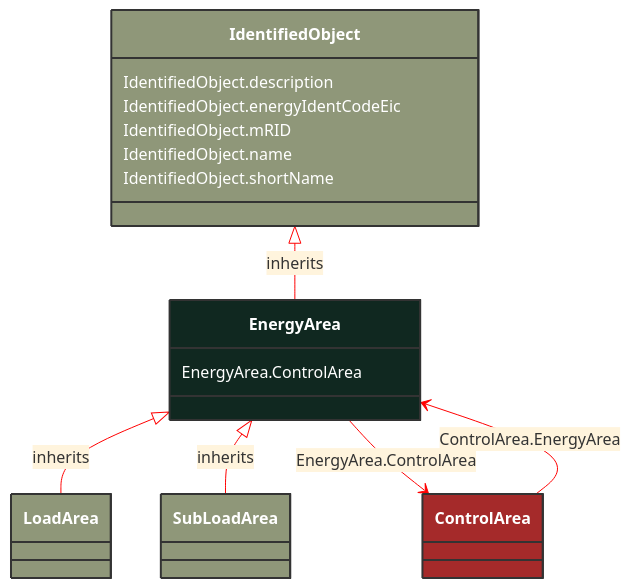
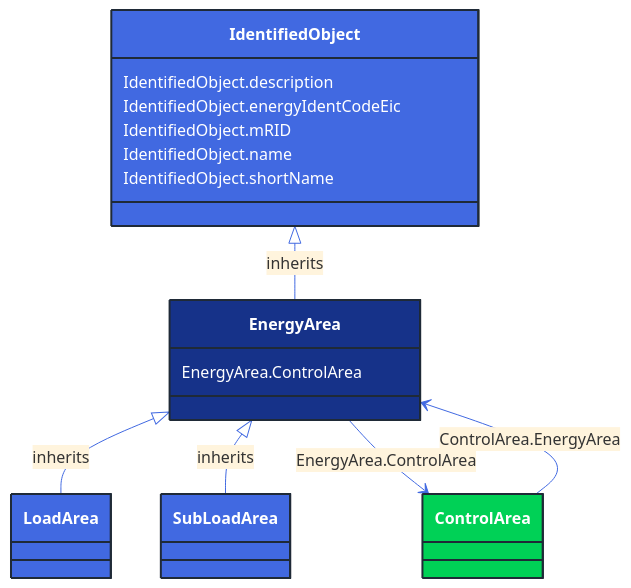
One commit to 3lbits/NoCIMExtensions changed the diagram in docs/Models/Profiles/CoreEquipment/AbstractClasses/EnergyArea.md. Above: the diagram before and after it, drawn with Mermaid. The commit also changed 362 other files, not shown here.

First line of the commit message:
Update diagrams and styles for improved visual consistency

````diff
--- a/docs/Models/Profiles/CoreEquipment/AbstractClasses/EnergyArea.md
+++ b/docs/Models/Profiles/CoreEquipment/AbstractClasses/EnergyArea.md
@@ -10,43 +10,43 @@
 ```mermaid
-%%{init: {'theme':'base','themeVariables': {'lineColor': '#FF0000'}}}%%
+%%{init: {'theme':'base','themeVariables': {'lineColor': '#4169E1'}}}%%
 classDiagram
     class EnergyArea
     click EnergyArea href "/Models/Profiles/CoreEquipment/AbstractClasses/EnergyArea/"
-    style EnergyArea fill:#102820,stroke:#333,stroke-width:2px,rx:10,ry:10,color:white
+    style EnergyArea fill:#163289,stroke:#1F2A37,stroke-width:2px,rx:10,ry:10,color:white
 
         EnergyArea <|-- LoadArea : inherits
 
         LoadArea
             click LoadArea href "/Models/Profiles/CoreEquipment/ConcreteClasses/LoadArea/"
-            style LoadArea fill:#8F9779,stroke:#333,stroke-width:2px,rx:10,ry:10,color:white
+            style LoadArea fill:#4169E1,stroke:#1F2A37,stroke-width:2px,rx:10,ry:10,color:white
 
         EnergyArea <|-- SubLoadArea : inherits
 
         SubLoadArea
             click SubLoadArea href "/Models/Profiles/CoreEquipment/ConcreteClasses/SubLoadArea/"
-            style SubLoadArea fill:#8F9779,stroke:#333,stroke-width:2px,rx:10,ry:10,color:white
+            style SubLoadArea fill:#4169E1,stroke:#1F2A37,stroke-width:2px,rx:10,ry:10,color:white
      
         IdentifiedObject <|-- EnergyArea : inherits
             click IdentifiedObject href "/Models/Profiles/CoreEquipment/AbstractClasses/IdentifiedObject/"
-            style IdentifiedObject fill:#8F9779,stroke:#333,stroke-width:2px,rx:10,ry:10,color:white
+            style IdentifiedObject fill:#4169E1,stroke:#1F2A37,stroke-width:2px,rx:10,ry:10,color:white
 
         EnergyArea --> ControlArea : EnergyArea.ControlArea
 
         ControlArea
             click ControlArea href "/Models/Profiles/CoreEquipment/AbstractClasses/ControlArea/"
-            style ControlArea fill:#A52A2A,stroke:#333,stroke-width:2px,rx:10,ry:10,color:white
+            style ControlArea fill:#00D156,stroke:#1F2A37,stroke-width:2px,rx:10,ry:10,color:white
 
         ControlArea --> EnergyArea : ControlArea.EnergyArea
 
         ControlArea
             click ControlArea href "/Models/Profiles/CoreEquipment/AbstractClasses/ControlArea/"
-            style ControlArea fill:#A52A2A,stroke:#333,stroke-width:2px,rx:10,ry:10,color:white
+            style ControlArea fill:#00D156,stroke:#1F2A37,stroke-width:2px,rx:10,ry:10,color:white
 
 
         EnergyArea : EnergyArea.ControlArea
         IdentifiedObject : IdentifiedObject.description
         IdentifiedObject : IdentifiedObject.energyIdentCodeEic
         IdentifiedObject : IdentifiedObject.mRID
         IdentifiedObject : IdentifiedObject.name
         IdentifiedObject : IdentifiedObject.shortName
 ```
````
